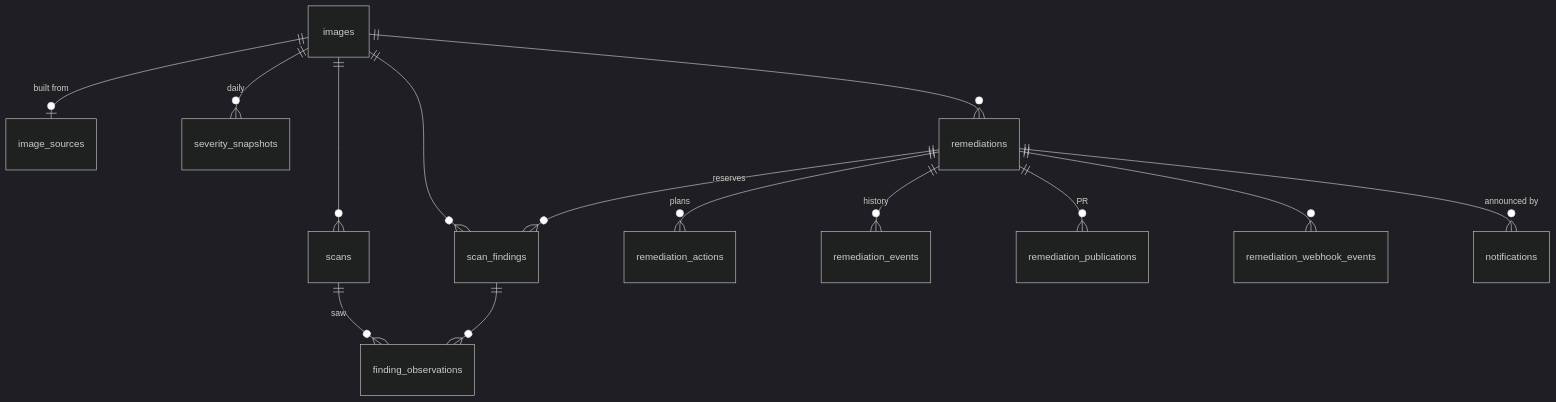
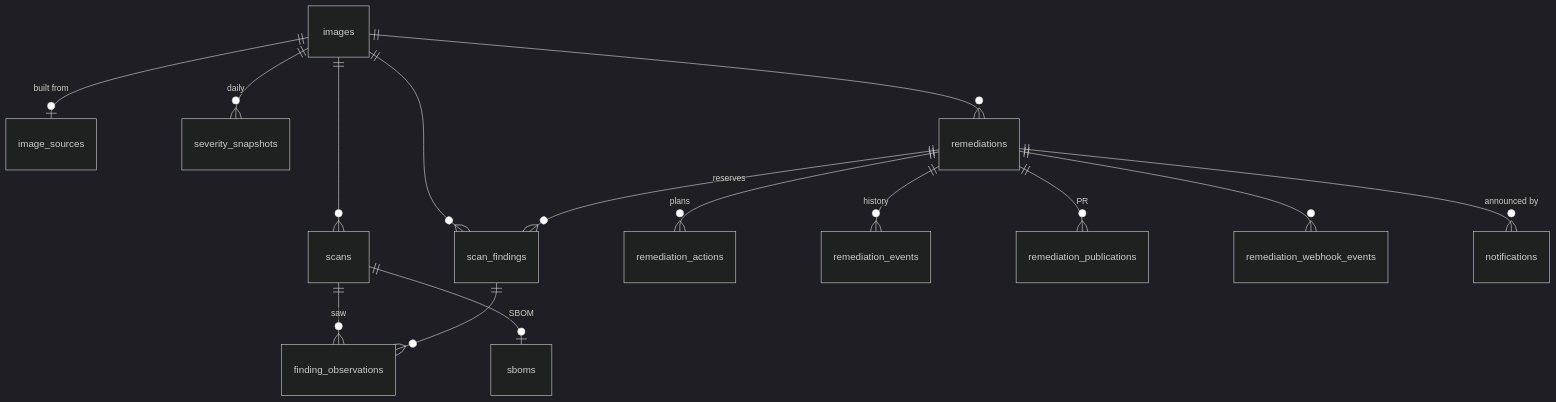
The third of 5 diagrams in docs/ARCHITECTURE.md (pespringer/scrutineering), drawn with Mermaid (dark theme) before and after one commit. The commit also changed other lines of this file and 27 other files, not shown here.

````diff
--- a/docs/ARCHITECTURE.md
+++ b/docs/ARCHITECTURE.md
@@ -84,16 +84,17 @@
 ```mermaid
 erDiagram
     images ||--o| image_sources : "built from"
     images ||--o{ scans : ""
     images ||--o{ scan_findings : ""
     scans ||--o{ finding_observations : "saw"
     scan_findings ||--o{ finding_observations : ""
     images ||--o{ severity_snapshots : "daily"
     images ||--o{ remediations : ""
     remediations ||--o{ scan_findings : "reserves"
     remediations ||--o{ remediation_actions : "plans"
     remediations ||--o{ remediation_events : "history"
     remediations ||--o{ remediation_publications : "PR"
     remediations ||--o{ remediation_webhook_events : ""
     remediations ||--o{ notifications : "announced by"
+    scans ||--o| sboms : "SBOM"
 ```
````
